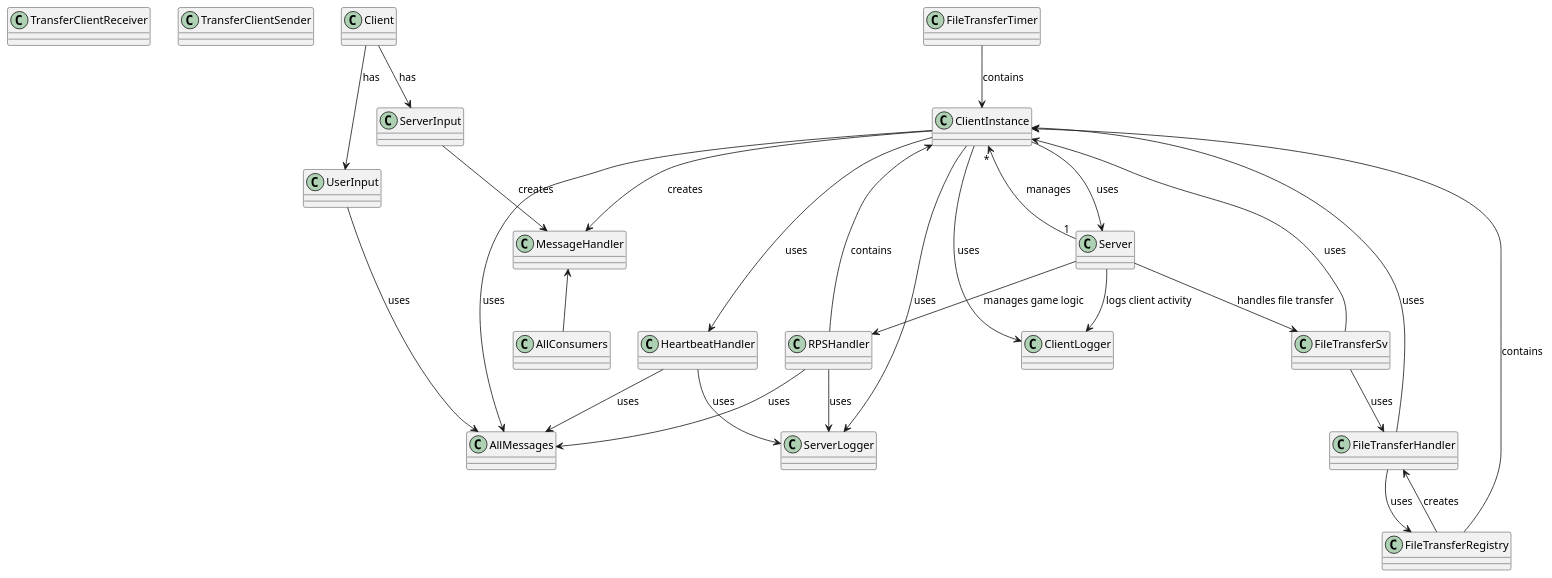
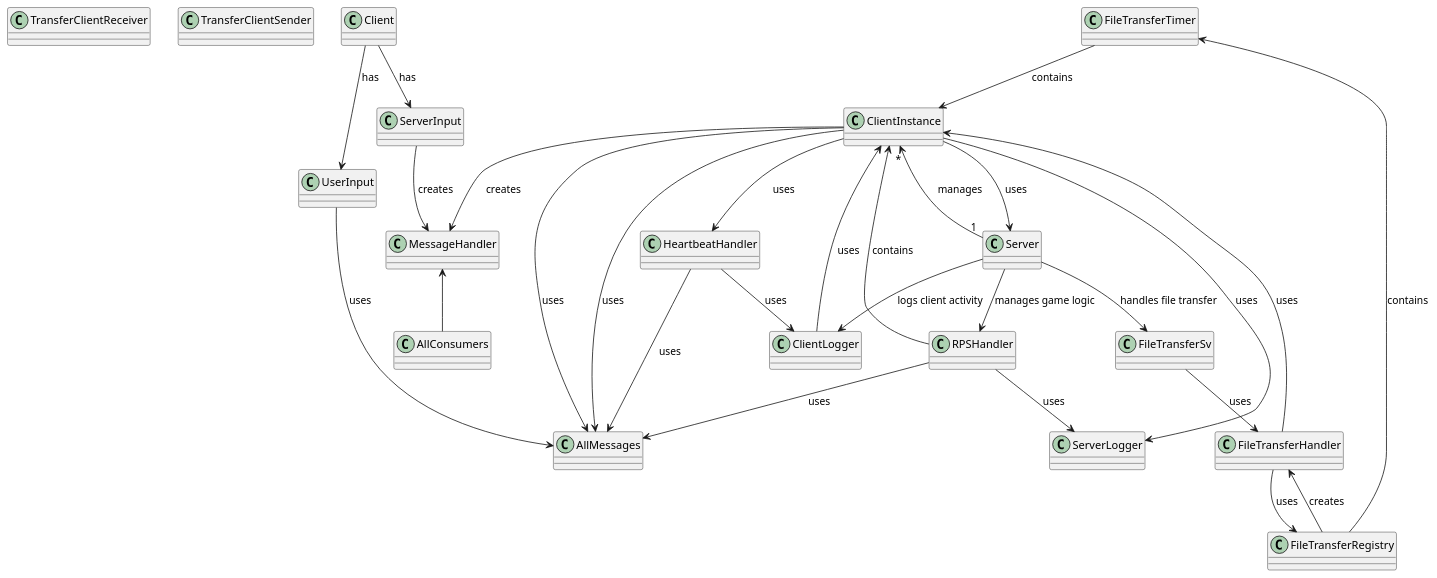
The diagram in doc/diagrams/Class Diagram.puml (rtavares14/Java-Chat-Server), drawn with PlantUML before and after one commit. The commit also changed 10 other files, not shown here.

```diff
--- a/doc/diagrams/Class Diagram.puml
+++ b/doc/diagrams/Class Diagram.puml
@@ -1,60 +1,60 @@
 @startuml
 class TransferClientReceiver
 
 class TransferClientSender
 
 class Client
 
 class UserInput
 
 class ServerInput
 
 class AllConsumers
 
 class MessageHandler
 
 class AllMessages
 
 class FileTransferTimer
 
 Client --> UserInput : has
 Client --> ServerInput : has
 
 UserInput --> AllMessages : uses
 
 ServerInput --> MessageHandler : creates
 
 Server "1" --> "*" ClientInstance : manages
 
 Server --> FileTransferSv : handles file transfer
 Server --> RPSHandler : manages game logic
 Server --> ClientLogger : logs client activity
 
 RPSHandler --> ClientInstance : contains
 RPSHandler --> ServerLogger : uses
 RPSHandler --> AllMessages : uses
 
-HeartbeatHandler --> ServerLogger : uses
+HeartbeatHandler --> ClientLogger : uses
 HeartbeatHandler --> AllMessages : uses
 
 FileTransferHandler --> ClientInstance : uses
 FileTransferHandler --> FileTransferRegistry : uses
 
 FileTransferTimer --> ClientInstance : contains
+FileTransferTimer <-- FileTransferRegistry : contains
 
 FileTransferSv --> FileTransferHandler : uses
-FileTransferSv --> ClientInstance : uses
 
 FileTransferRegistry --> FileTransferHandler : creates
-FileTransferRegistry --> ClientInstance : contains
 
 ClientInstance --> Server : uses
 ClientInstance --> HeartbeatHandler : uses
-ClientInstance --> ClientLogger : uses
+ClientInstance <-- ClientLogger : uses
 ClientInstance --> ServerLogger : uses
 ClientInstance --> AllMessages: uses
 ClientInstance --> MessageHandler : creates
+ClientInstance --> AllMessages : uses
 
 MessageHandler <-- AllConsumers
 
 @enduml
```
